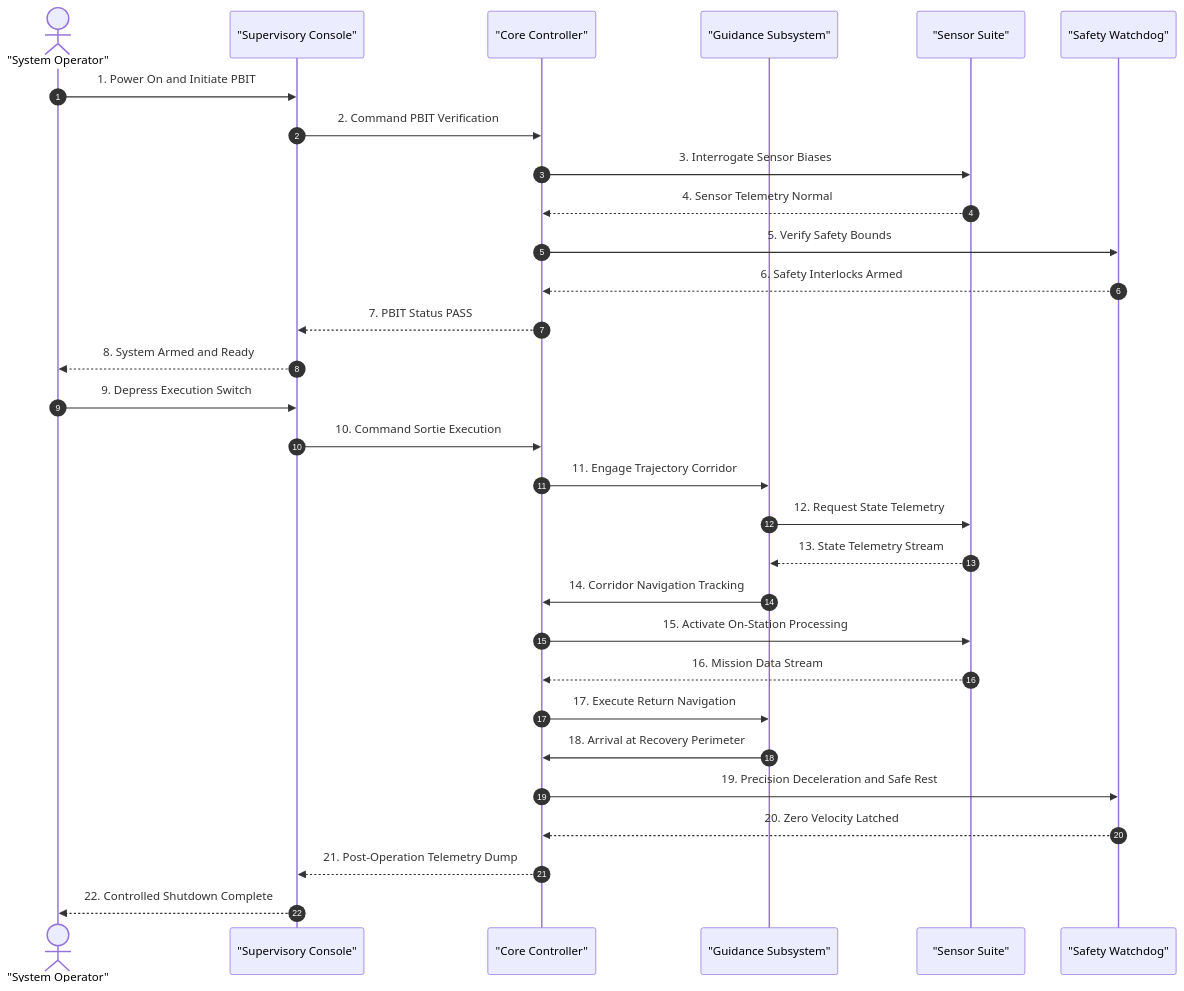
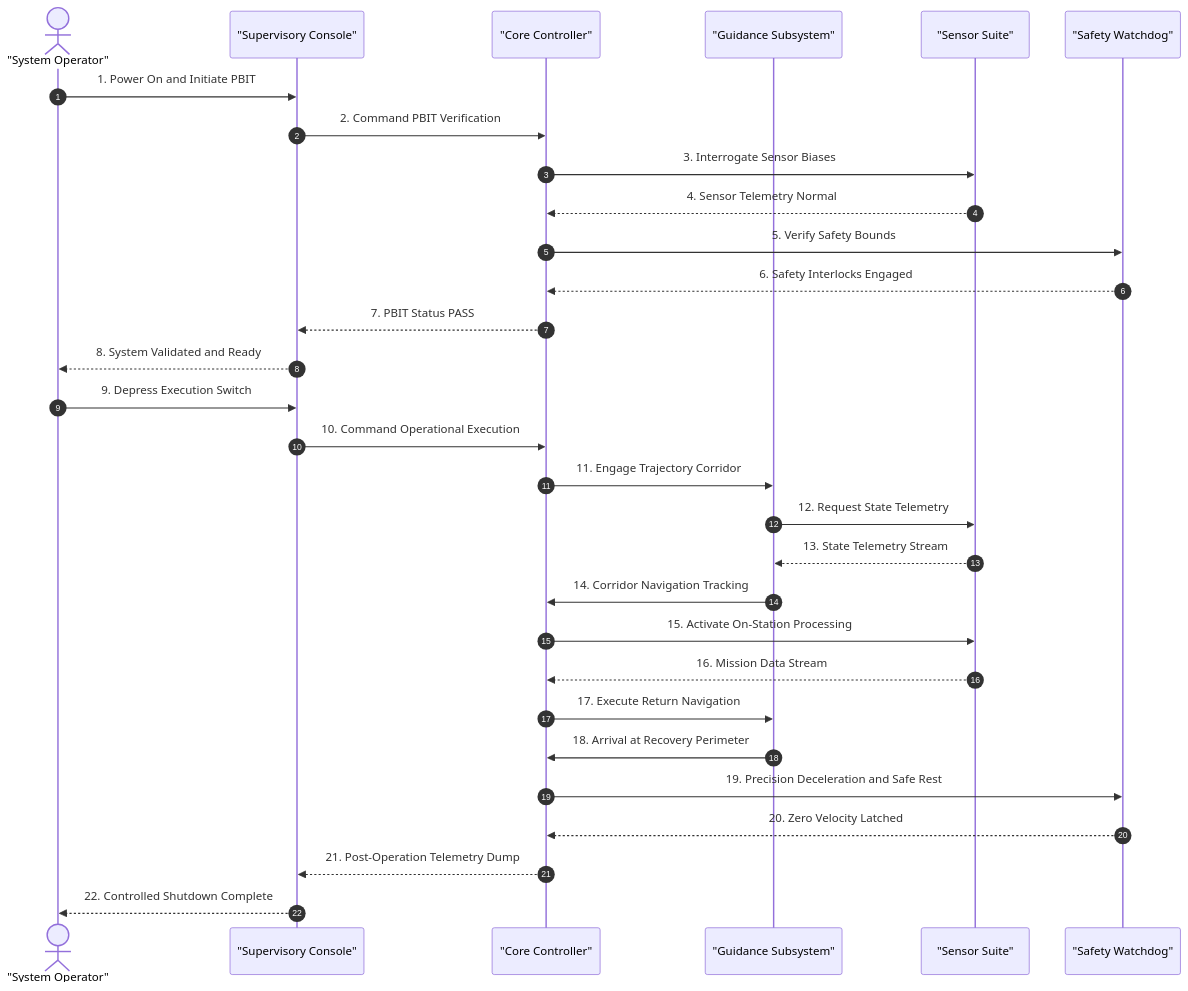
Before and after one commit to gintatkinson/DEAP-avionic-flight-safety: the first of 6 diagrams in skills/spec-conops-engineering/resources/units/conops/09_SCENARIOS_AND_TIMELINES.md, drawn with Mermaid. The commit also changed other lines of this file and 256 other files, not shown here.

````diff
--- a/skills/spec-conops-engineering/resources/units/conops/09_SCENARIOS_AND_TIMELINES.md
+++ b/skills/spec-conops-engineering/resources/units/conops/09_SCENARIOS_AND_TIMELINES.md
@@ -14,33 +14,33 @@
 ```mermaid
 sequenceDiagram
     autonumber
     actor Operator as "System Operator"
     participant Console as "Supervisory Console"
     participant Controller as "Core Controller"
     participant Guidance as "Guidance Subsystem"
     participant Sensors as "Sensor Suite"
     participant Watchdog as "Safety Watchdog"
 
     Operator ->> Console: 1. Power On and Initiate PBIT
     Console ->> Controller: 2. Command PBIT Verification
     Controller ->> Sensors: 3. Interrogate Sensor Biases
     Sensors -->> Controller: 4. Sensor Telemetry Normal
     Controller ->> Watchdog: 5. Verify Safety Bounds
-    Watchdog -->> Controller: 6. Safety Interlocks Armed
+    Watchdog -->> Controller: 6. Safety Interlocks Engaged
     Controller -->> Console: 7. PBIT Status PASS
-    Console -->> Operator: 8. System Armed and Ready
+    Console -->> Operator: 8. System Validated and Ready
     Operator ->> Console: 9. Depress Execution Switch
-    Console ->> Controller: 10. Command Sortie Execution
+    Console ->> Controller: 10. Command Operational Execution
     Controller ->> Guidance: 11. Engage Trajectory Corridor
     Guidance ->> Sensors: 12. Request State Telemetry
     Sensors -->> Guidance: 13. State Telemetry Stream
     Guidance ->> Controller: 14. Corridor Navigation Tracking
     Controller ->> Sensors: 15. Activate On-Station Processing
     Sensors -->> Controller: 16. Mission Data Stream
     Controller ->> Guidance: 17. Execute Return Navigation
     Guidance ->> Controller: 18. Arrival at Recovery Perimeter
     Controller ->> Watchdog: 19. Precision Deceleration and Safe Rest
     Watchdog -->> Controller: 20. Zero Velocity Latched
     Controller -->> Console: 21. Post-Operation Telemetry Dump
     Console -->> Operator: 22. Controlled Shutdown Complete
 ```
````
